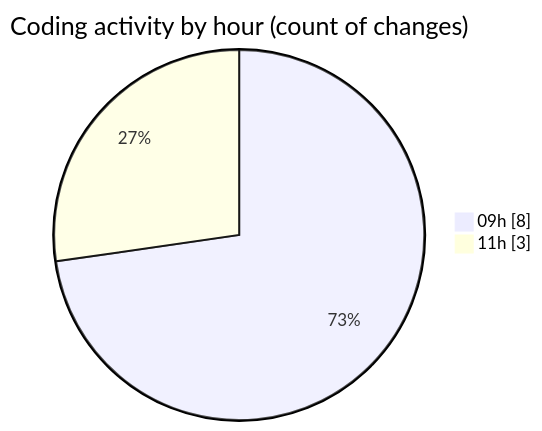
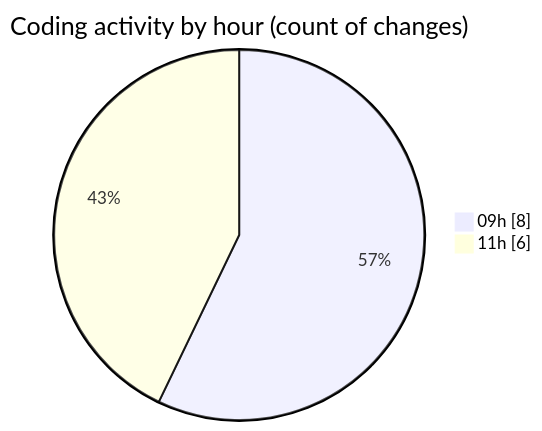
The second of 2 diagrams in 2025-11-20/cda/README.md (momahboobian/code-tracking), drawn with Mermaid before and after one commit. The commit also changed other lines of this file and 1 other file, not shown here.

````diff
--- a/2025-11-20/cda/README.md
+++ b/2025-11-20/cda/README.md
@@ -29,6 +31,6 @@
 ```mermaid
 pie showData
 title Coding activity by hour (count of changes)
 "09h" : 8
-"11h" : 3
+"11h" : 6
 ```
````
